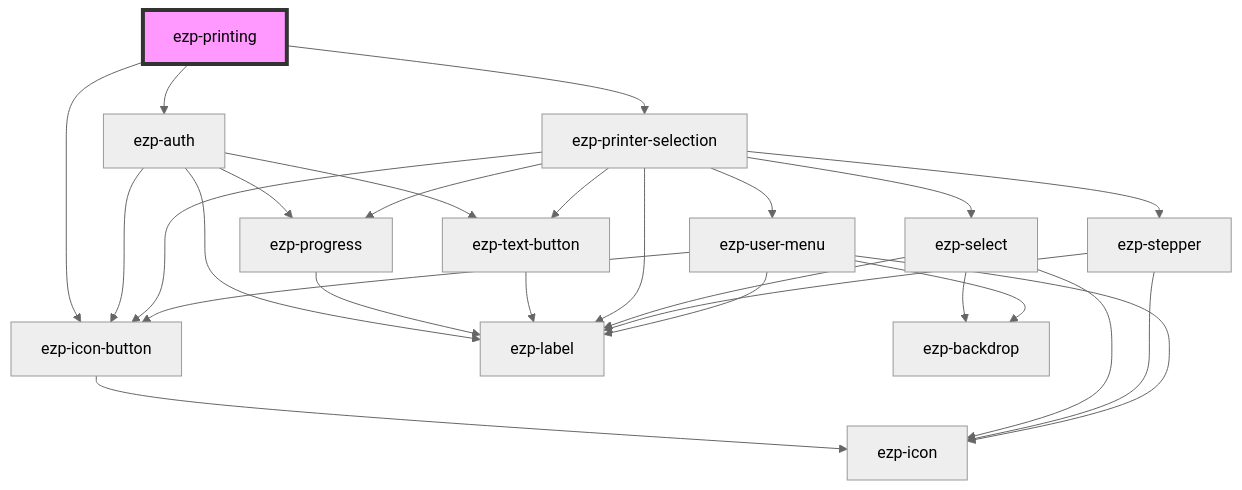
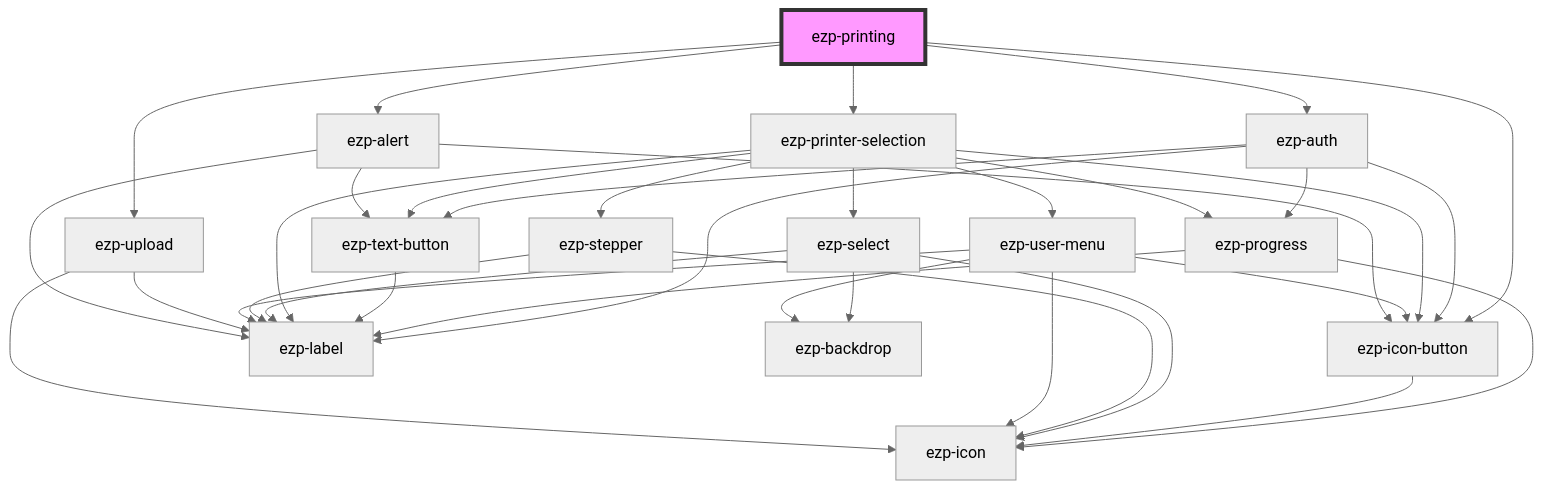
Before and after one commit to ezeep/ezeep-js: the diagram in src/components/ezp-printing/readme.md, drawn with Mermaid (neutral theme). The commit also changed other lines of this file and 20 other files, not shown here.

````diff
--- a/src/components/ezp-printing/readme.md
+++ b/src/components/ezp-printing/readme.md
@@ -41,30 +45,38 @@
 ```mermaid
 graph TD;
   ezp-printing --> ezp-auth
   ezp-printing --> ezp-printer-selection
+  ezp-printing --> ezp-upload
   ezp-printing --> ezp-icon-button
+  ezp-printing --> ezp-alert
   ezp-auth --> ezp-progress
   ezp-auth --> ezp-icon-button
   ezp-auth --> ezp-label
   ezp-auth --> ezp-text-button
+  ezp-progress --> ezp-icon
   ezp-progress --> ezp-label
   ezp-icon-button --> ezp-icon
   ezp-text-button --> ezp-label
   ezp-printer-selection --> ezp-progress
+  ezp-printer-selection --> ezp-text-button
   ezp-printer-selection --> ezp-label
   ezp-printer-selection --> ezp-icon-button
   ezp-printer-selection --> ezp-select
   ezp-printer-selection --> ezp-stepper
-  ezp-printer-selection --> ezp-text-button
   ezp-printer-selection --> ezp-user-menu
   ezp-select --> ezp-backdrop
   ezp-select --> ezp-icon
   ezp-select --> ezp-label
   ezp-stepper --> ezp-icon
   ezp-stepper --> ezp-label
   ezp-user-menu --> ezp-backdrop
   ezp-user-menu --> ezp-label
   ezp-user-menu --> ezp-icon-button
   ezp-user-menu --> ezp-icon
+  ezp-upload --> ezp-icon
+  ezp-upload --> ezp-label
+  ezp-alert --> ezp-icon-button
+  ezp-alert --> ezp-label
+  ezp-alert --> ezp-text-button
   style ezp-printing fill:#f9f,stroke:#333,stroke-width:4px
 ```
````
